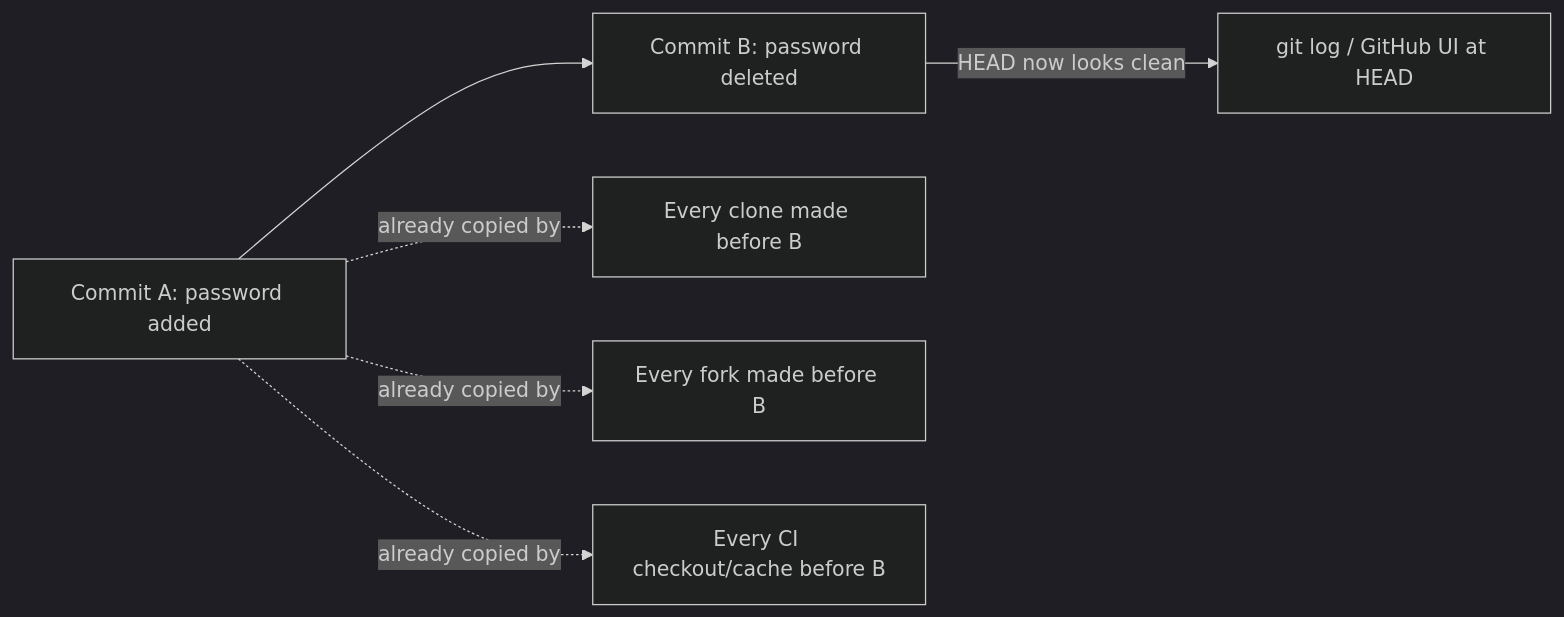
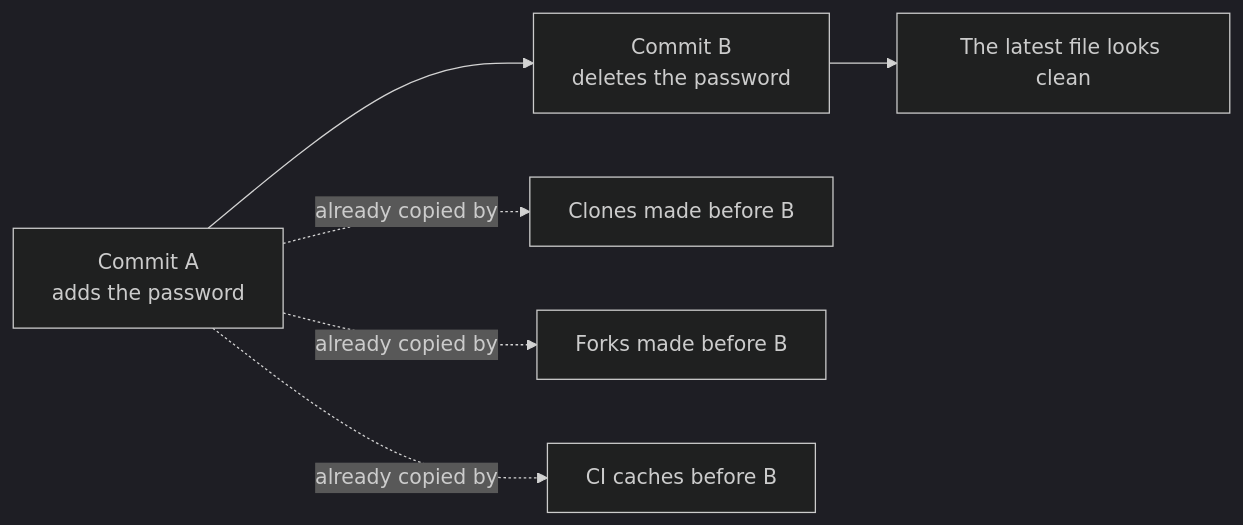
One commit to francoandreDev/knowledge changed the first of 2 diagrams in src/content/security/secrets-management/L2-concept.mdx. Above: the diagram before and after it, drawn with Mermaid (dark theme). The commit also changed other lines of this file and 3 other files, not shown here.

````diff
--- a/src/content/security/secrets-management/L2-concept.mdx
+++ b/src/content/security/secrets-management/L2-concept.mdx
@@ -24,8 +25,8 @@
 ```mermaid
 flowchart LR
-    A["Commit A: password added"] --> B["Commit B: password deleted"]
-    A -.->|"already copied by"| C["Every clone made before B"]
-    A -.->|"already copied by"| D["Every fork made before B"]
-    A -.->|"already copied by"| E["Every CI checkout/cache before B"]
-    B -->|"HEAD now looks clean"| F["git log / GitHub UI at HEAD"]
+    A["Commit A<br/>adds the password"] --> B["Commit B<br/>deletes the password"]
+    A -.->|"already copied by"| C["Clones made before B"]
+    A -.->|"already copied by"| D["Forks made before B"]
+    A -.->|"already copied by"| E["CI caches before B"]
+    B --> F["The latest file looks clean"]
 ```
````
